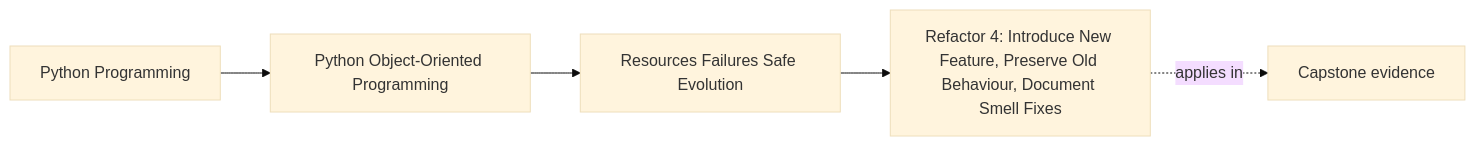
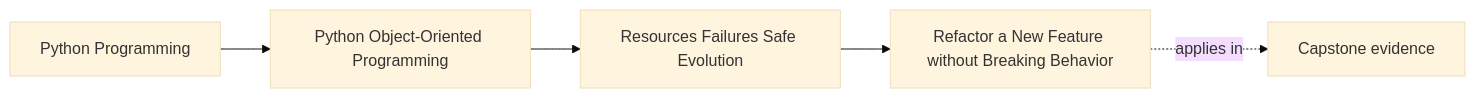
The first of 2 diagrams in programs/python-programming/python-object-oriented-programming/course-book/module-05-resources-failures-safe-evolution/refactor-new-feature-without-breaking-behavior.md (bijux/bijux-masterclass), drawn with Mermaid (base theme) before and after one commit. The commit also changed other lines of this file, not shown here.

Commit message:
docs(oop): stage feature growth behind preserved contracts

````diff
--- a/programs/python-programming/python-object-oriented-programming/course-book/module-05-resources-failures-safe-evolution/refactor-new-feature-without-breaking-behavior.md
+++ b/programs/python-programming/python-object-oriented-programming/course-book/module-05-resources-failures-safe-evolution/refactor-new-feature-without-breaking-behavior.md
@@ -7,11 +6,11 @@
 ```mermaid
 graph LR
   family["Python Programming"]
   program["Python Object-Oriented Programming"]
   section["Resources Failures Safe Evolution"]
-  page["Refactor 4: Introduce New Feature, Preserve Old Behaviour, Document Smell Fixes"]
+  page["Refactor a New Feature without Breaking Behavior"]
   capstone["Capstone evidence"]
 
   family --> program --> section --> page
   page -.applies in.-> capstone
 ```
````
